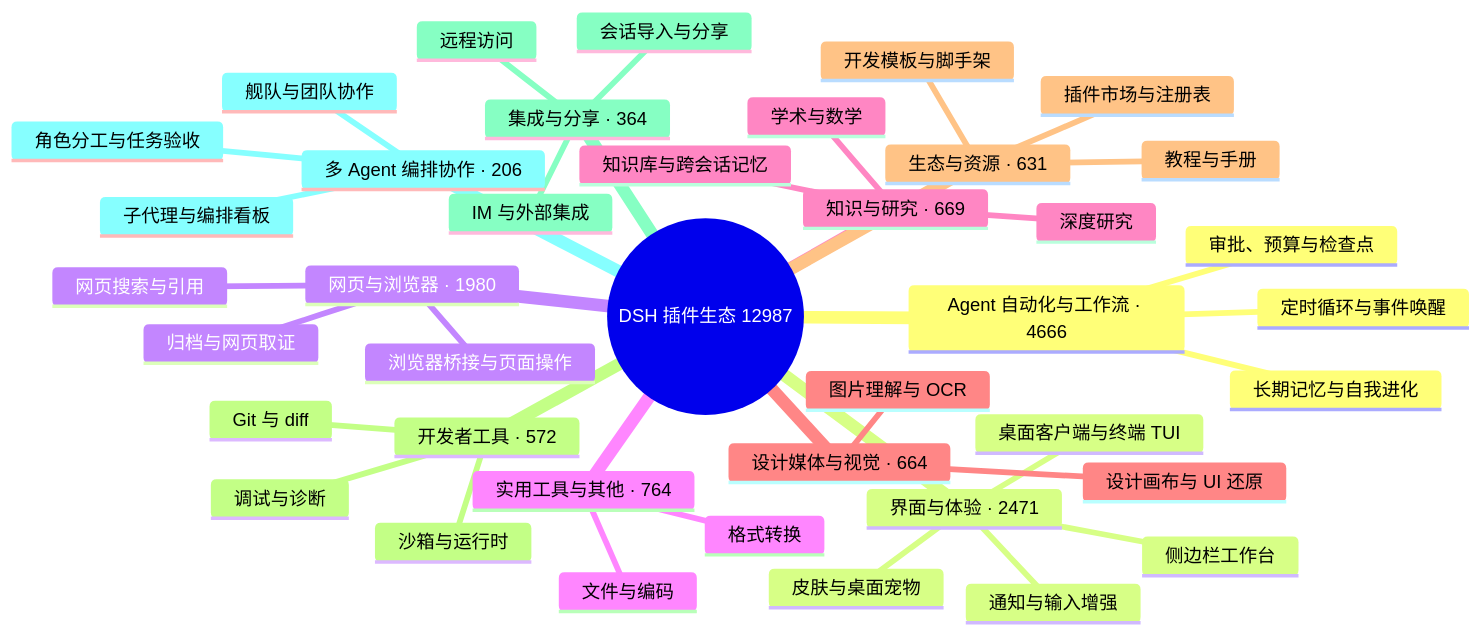
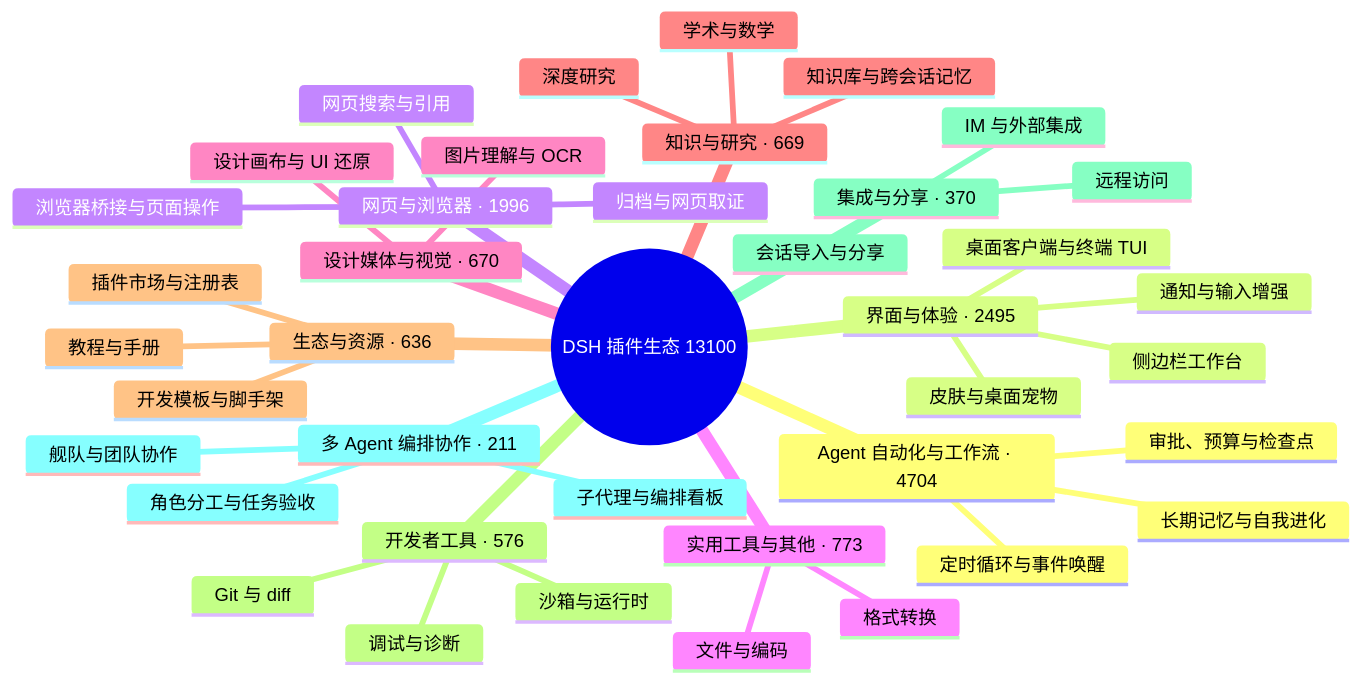
Before and after one commit to BOWLUNA/awesome-dsh-plugin: the diagram in README.md, drawn with Mermaid. The commit also changed other lines of this file and 20 other files, not shown here.

````diff
--- a/README.md
+++ b/README.md
@@ -33,43 +33,43 @@
 ```mermaid
 mindmap
-  root((DSH 插件生态 12987))
-    Agent 自动化与工作流 · 4666
+  root((DSH 插件生态 13100))
+    Agent 自动化与工作流 · 4704
       定时循环与事件唤醒
       长期记忆与自我进化
       审批、预算与检查点
-    界面与体验 · 2471
+    界面与体验 · 2495
       桌面客户端与终端 TUI
       侧边栏工作台
       皮肤与桌面宠物
       通知与输入增强
-    网页与浏览器 · 1980
+    网页与浏览器 · 1996
       浏览器桥接与页面操作
       网页搜索与引用
       归档与网页取证
-    实用工具与其他 · 764
+    实用工具与其他 · 773
       文件与编码
       格式转换
+    设计媒体与视觉 · 670
+      图片理解与 OCR
+      设计画布与 UI 还原
     知识与研究 · 669
       知识库与跨会话记忆
       深度研究
       学术与数学
-    设计媒体与视觉 · 664
-      图片理解与 OCR
-      设计画布与 UI 还原
-    生态与资源 · 631
+    生态与资源 · 636
       插件市场与注册表
       开发模板与脚手架
       教程与手册
-    开发者工具 · 572
+    开发者工具 · 576
       Git 与 diff
       沙箱与运行时
       调试与诊断
-    集成与分享 · 364
+    集成与分享 · 370
       会话导入与分享
       远程访问
       IM 与外部集成
-    多 Agent 编排协作 · 206
+    多 Agent 编排协作 · 211
       子代理与编排看板
       舰队与团队协作
       角色分工与任务验收
 ```
````
